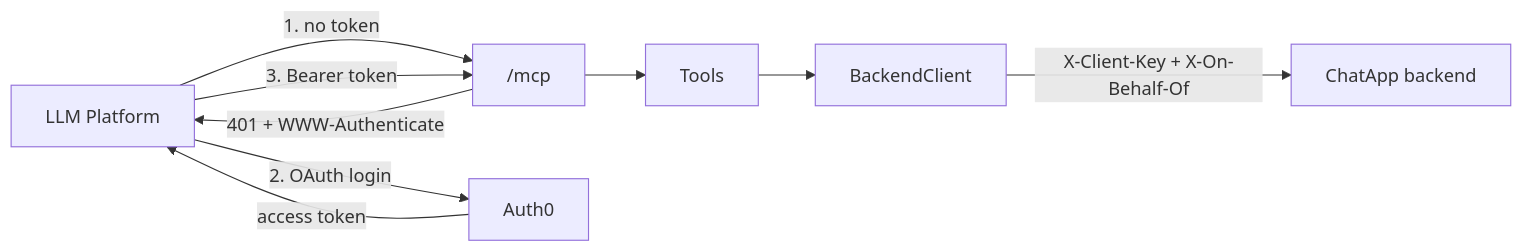
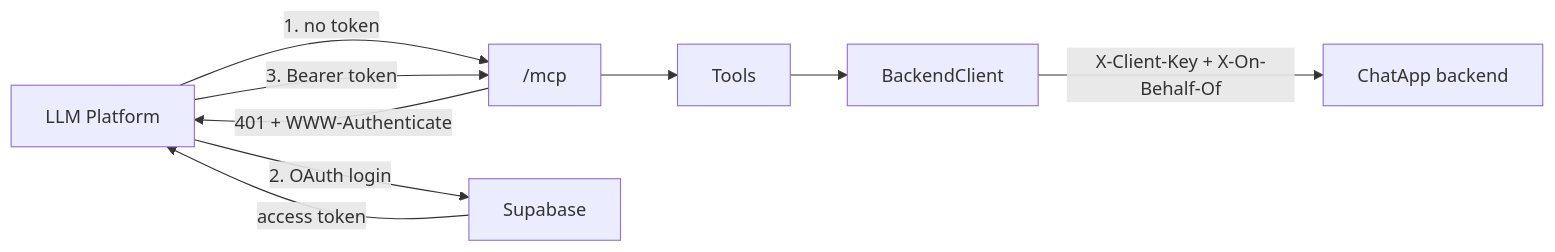
The diagram in mcp/README.md (phanxuanquang/jetomax-assignment), drawn with Mermaid before and after one commit. The commit also changed other lines of this file, not shown here.

First line of the commit message:
docs(mcp): update README for Supabase auth and the full tool set

````diff
--- a/mcp/README.md
+++ b/mcp/README.md
@@ -5,10 +5,10 @@
 ```mermaid
 flowchart LR
     Client["LLM Platform"] -->|1. no token| MCP["/mcp"]
     MCP -->|401 + WWW-Authenticate| Client
-    Client -->|2. OAuth login| Auth0
-    Auth0 -->|access token| Client
+    Client -->|2. OAuth login| Supabase
+    Supabase -->|access token| Client
     Client -->|3. Bearer token| MCP
     MCP --> Tools --> BC["BackendClient"]
     BC -->|X-Client-Key + X-On-Behalf-Of| API["ChatApp backend"]
 ```
````
